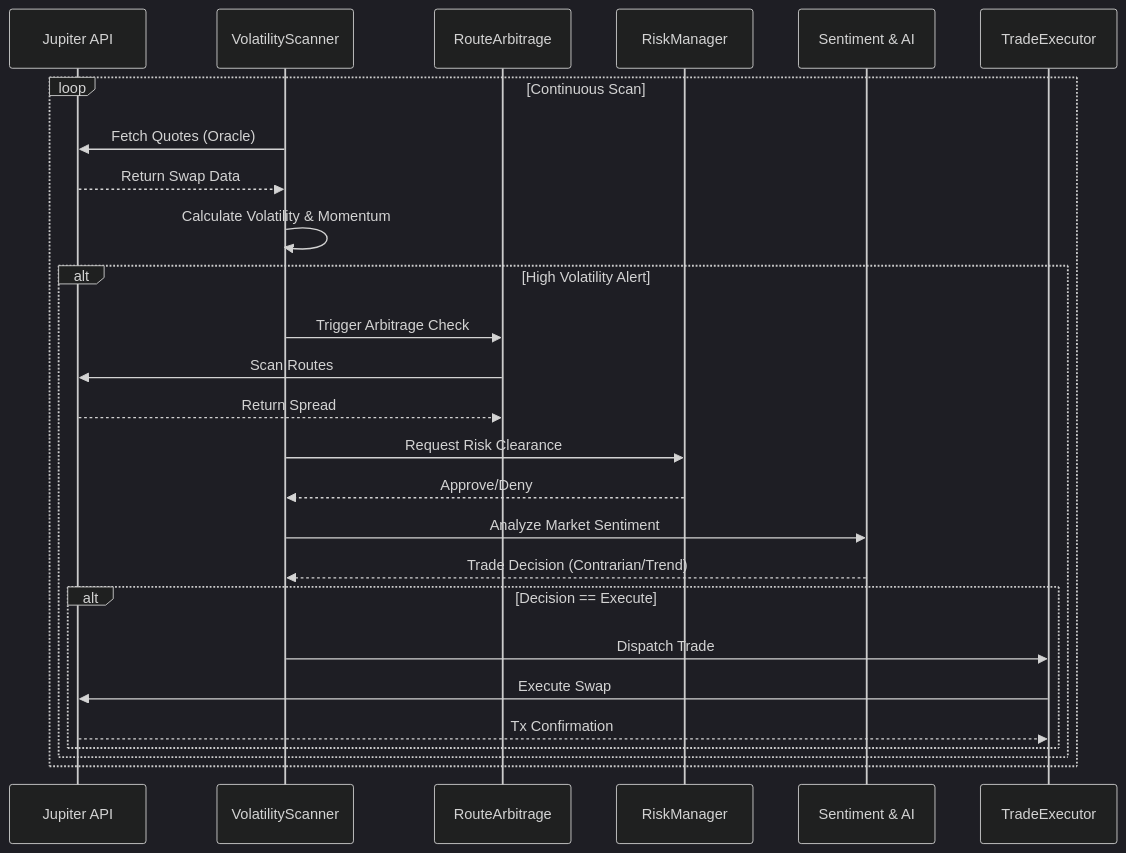
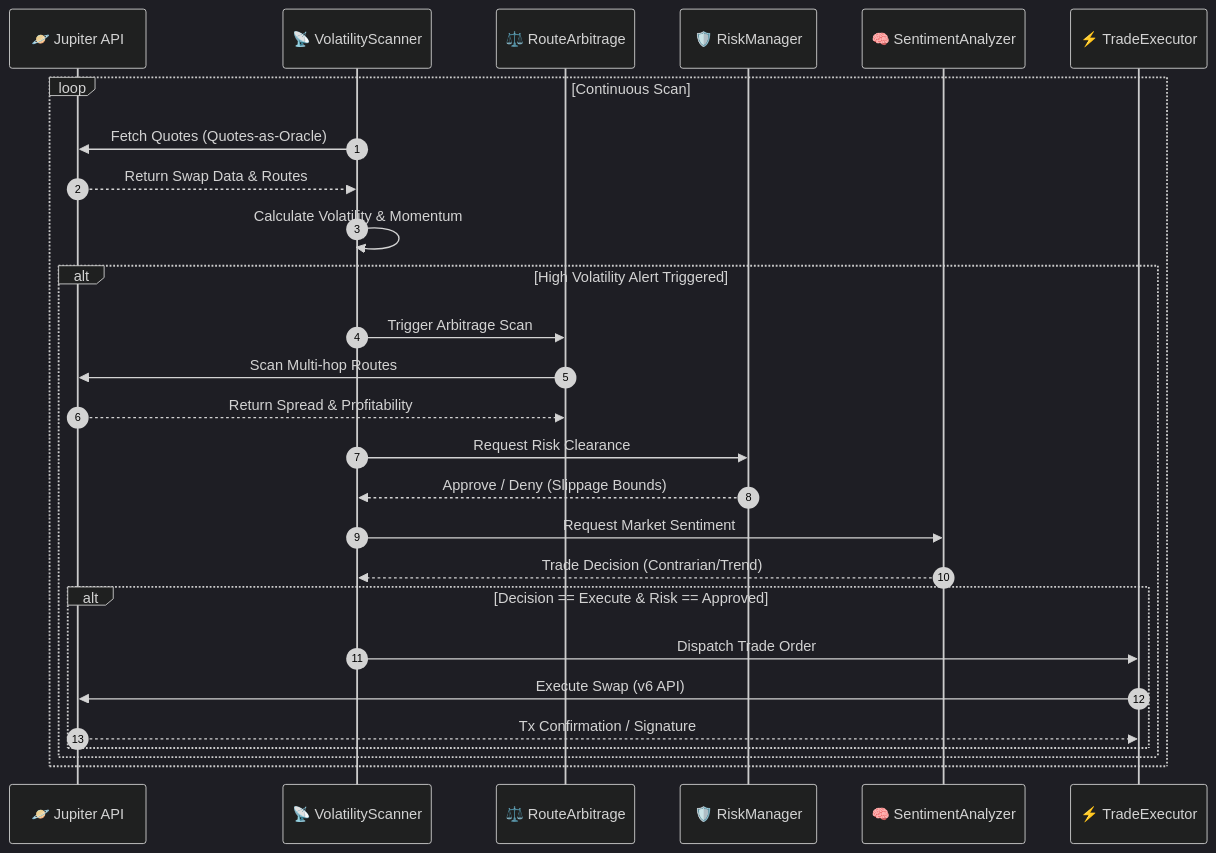
Before and after one commit to darksanctum/jupiter-sentinel: the second of 4 diagrams in ARCHITECTURE.md, drawn with Mermaid (dark theme). The commit also changed other lines of this file, not shown here.

````diff
--- a/ARCHITECTURE.md
+++ b/ARCHITECTURE.md
@@ -41,33 +58,34 @@
 ```mermaid
 sequenceDiagram
-    participant J as Jupiter API
-    participant S as VolatilityScanner
-    participant O as RouteArbitrage
-    participant R as RiskManager
-    participant AI as Sentiment & AI
-    participant E as TradeExecutor
+    autonumber
+    participant J as 🪐 Jupiter API
+    participant S as 📡 VolatilityScanner
+    participant O as ⚖️ RouteArbitrage
+    participant R as 🛡️ RiskManager
+    participant AI as 🧠 SentimentAnalyzer
+    participant E as ⚡ TradeExecutor
 
     loop Continuous Scan
-        S->>J: Fetch Quotes (Oracle)
-        J-->>S: Return Swap Data
+        S->>J: Fetch Quotes (Quotes-as-Oracle)
+        J-->>S: Return Swap Data & Routes
         S->>S: Calculate Volatility & Momentum
         
-        alt High Volatility Alert
-            S->>O: Trigger Arbitrage Check
-            O->>J: Scan Routes
-            J-->>O: Return Spread
+        alt High Volatility Alert Triggered
+            S->>O: Trigger Arbitrage Scan
+            O->>J: Scan Multi-hop Routes
+            J-->>O: Return Spread & Profitability
             
             S->>R: Request Risk Clearance
-            R-->>S: Approve/Deny
+            R-->>S: Approve / Deny (Slippage Bounds)
             
-            S->>AI: Analyze Market Sentiment
+            S->>AI: Request Market Sentiment
             AI-->>S: Trade Decision (Contrarian/Trend)
             
-            alt Decision == Execute
-                S->>E: Dispatch Trade
-                E->>J: Execute Swap
-                J-->>E: Tx Confirmation
+            alt Decision == Execute & Risk == Approved
+                S->>E: Dispatch Trade Order
+                E->>J: Execute Swap (v6 API)
+                J-->>E: Tx Confirmation / Signature
             end
         end
     end
 ```
````
